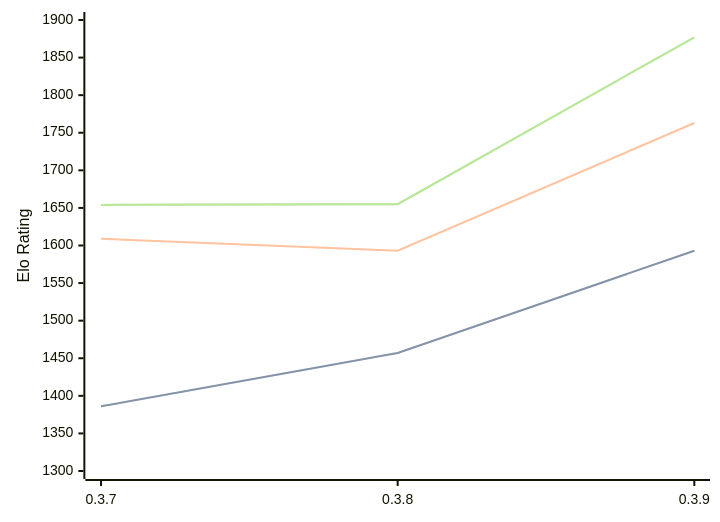
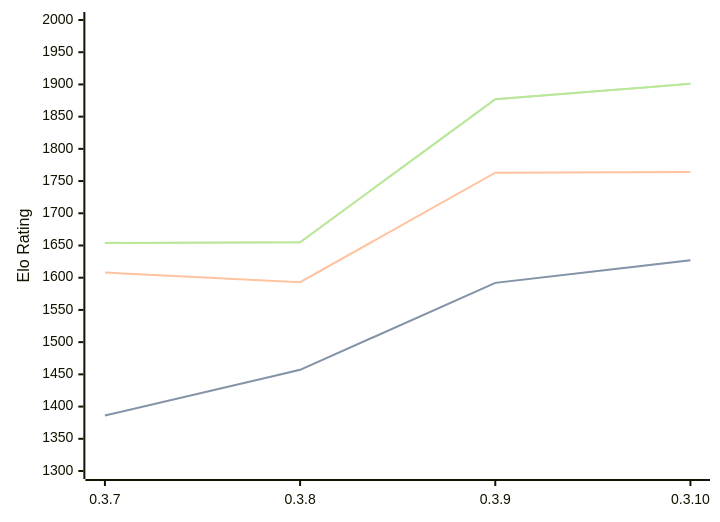
The diagram in engines/Arche.md (computer-chess-index/cci), drawn with Mermaid before and after one commit. The commit also changed other lines of this file, not shown here.

Commit message:
Update CCI Ratings (ELO VLTC) - 2026-08-24

````diff
--- a/engines/Arche.md
+++ b/engines/Arche.md
@@ -34,11 +34,11 @@
 ```mermaid
 %%{init: {"theme":"base","themeVariables":{"seriesColors:['#a3a3a3','#222221','#faa371']}}}%%
 xychart-beta
-  x-axis ["0.3.7", "0.3.8", "0.3.9"]
-  y-axis "Elo Rating" 1300 --> 1900
-  line "STC (8.0+0.08s)" [1386, 1457, 1593]
-  line "STC (8.0+0.08s)" [1386, 1457, 1593]
-  line "LTC (60.0+0.60s)" [1609, 1593, 1763]
-  line "VLTC (2m24s+1.12s)" [1654, 1655, 1877]
-  line "VLTC (2m24s+1.12s)" [1654, 1655, 1877]
+  x-axis ["0.3.7", "0.3.8", "0.3.9", "0.3.10"]
+  y-axis "Elo Rating" 1300 --> 2000
+  line "STC (8.0+0.08s)" [1386, 1457, 1592, 1627]
+  line "STC (8.0+0.08s)" [1386, 1457, 1592, 1627]
+  line "LTC (60.0+0.60s)" [1608, 1593, 1763, 1764]
+  line "VLTC (2m24s+1.12s)" [1654, 1655, 1877, 1901]
+  line "VLTC (2m24s+1.12s)" [1654, 1655, 1877, 1901]
 ```
````
